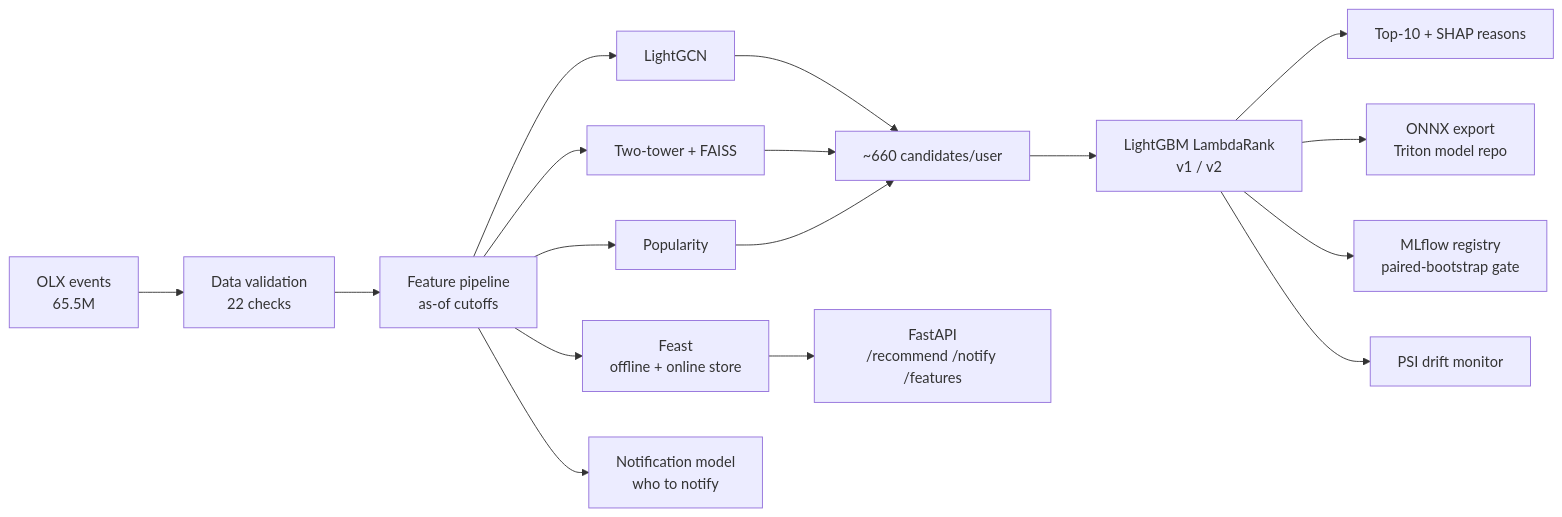
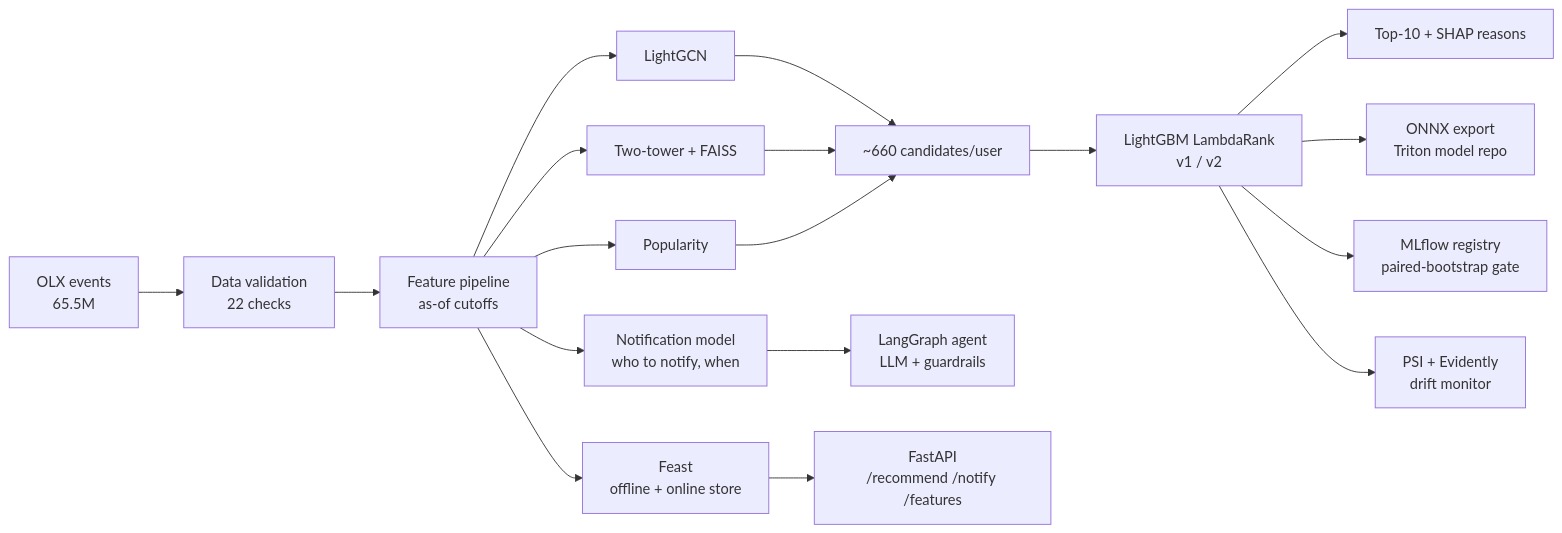
The diagram in README.md (Rudra2122/pathrank), drawn with Mermaid before and after one commit. The commit also changed other lines of this file, not shown here.

````diff
--- a/README.md
+++ b/README.md
@@ -106,17 +76,18 @@
 ```mermaid
 flowchart LR
     A[OLX events<br/>65.5M] --> B[Data validation<br/>22 checks]
     B --> C[Feature pipeline<br/>as-of cutoffs]
     C --> D[Feast<br/>offline + online store]
     C --> E1[LightGCN]
     C --> E2[Two-tower + FAISS]
     C --> E3[Popularity]
     E1 & E2 & E3 --> F[~660 candidates/user]
     F --> G[LightGBM LambdaRank<br/>v1 / v2]
     G --> H[Top-10 + SHAP reasons]
-    C --> N[Notification model<br/>who to notify]
+    C --> N[Notification model<br/>who to notify, when]
+    N --> AG[LangGraph agent<br/>LLM + guardrails]
     G --> X[ONNX export<br/>Triton model repo]
     G --> R[MLflow registry<br/>paired-bootstrap gate]
-    G --> M[PSI drift monitor]
+    G --> M[PSI + Evidently<br/>drift monitor]
     D --> S[FastAPI<br/>/recommend /notify /features]
 ```
````
